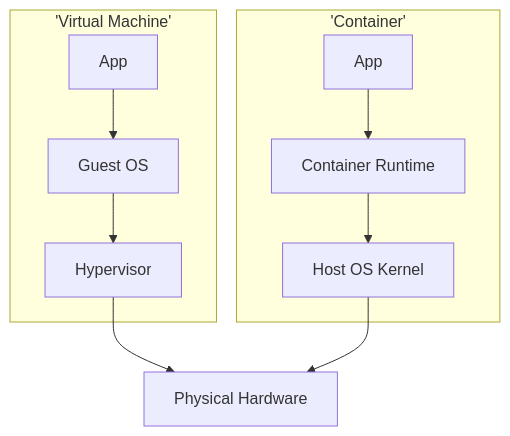
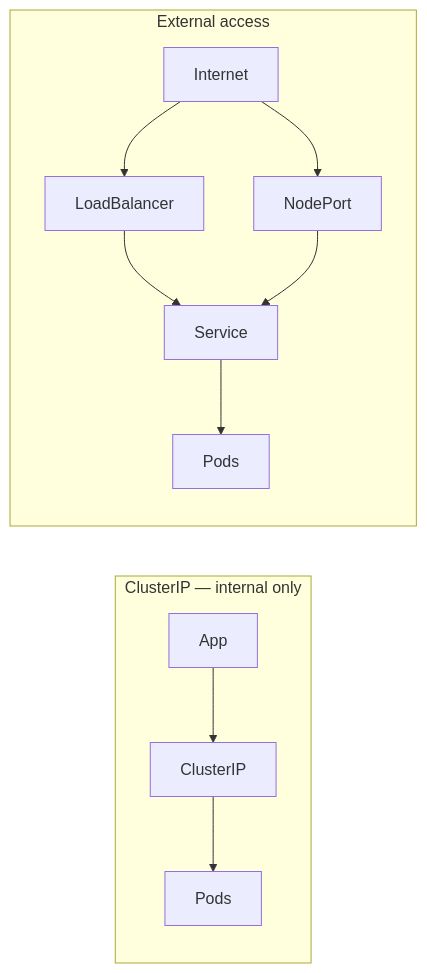
Diagram 12 of 24 in 11-cloud-and-kubernetes/README.md (hareramcse/SystemDesign), drawn with Mermaid before and after one commit. The commit also changed other lines of this file, not shown here.

````diff
--- a/11-cloud-and-kubernetes/README.md
+++ b/11-cloud-and-kubernetes/README.md
@@ -879,13 +3882,13 @@
 ```mermaid
-flowchart TB
-    subgraph VM['Virtual Machine']
-        App1[App] --> GuestOS[Guest OS]
-        GuestOS --> Hypervisor[Hypervisor]
+flowchart LR
+    subgraph Internal[ClusterIP — internal only]
+        App1[App] --> CI[ClusterIP] --> Pods1[Pods]
     end
-    subgraph CTR['Container']
-        App2[App] --> Runtime[Container Runtime]
-        Runtime --> HostOS[Host OS Kernel]
+    subgraph External[External access]
+        Net[Internet] --> LB[LoadBalancer]
+        Net --> NP[NodePort]
+        LB --> Svc[Service]
+        NP --> Svc
+        Svc --> Pods2[Pods]
     end
-    Hypervisor --> HW[Physical Hardware]
-    HostOS --> HW
 ```
````
